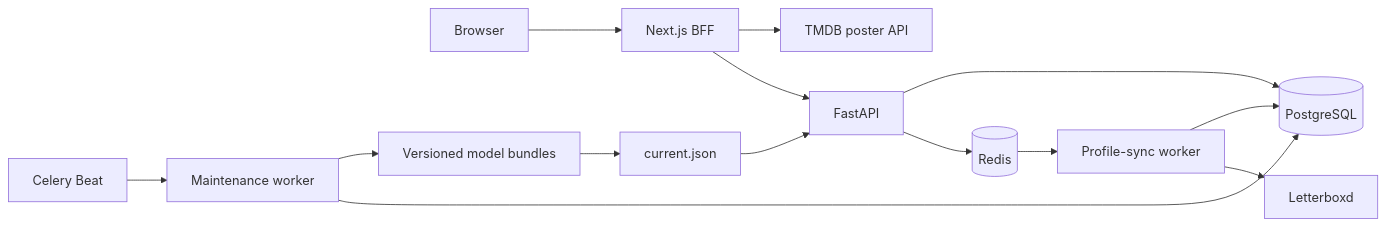
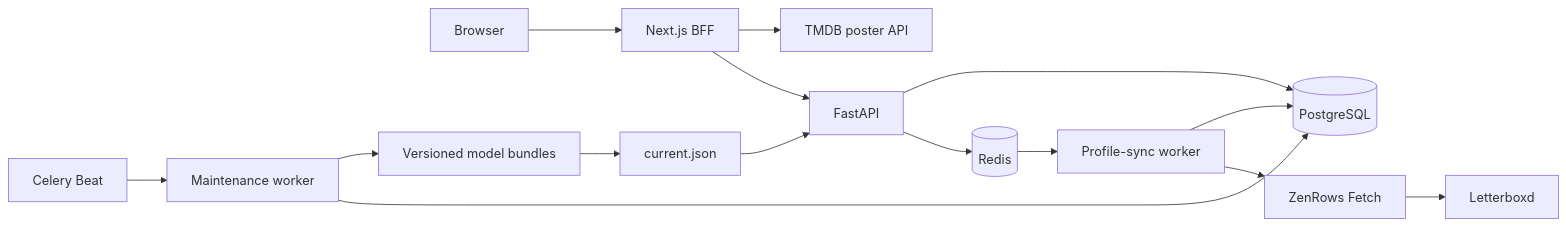
Before and after one commit to cauafsantosdev/nexdwatch: the diagram in README.md, drawn with Mermaid. The commit also changed other lines of this file, not shown here.

````diff
--- a/README.md
+++ b/README.md
@@ -60,19 +68,20 @@
 ```mermaid
 flowchart LR
     Browser[Browser] --> BFF[Next.js BFF]
     BFF --> API[FastAPI]
     BFF --> TMDB[TMDB poster API]
 
     API --> Redis[(Redis)]
     API --> DB[(PostgreSQL)]
 
     Redis --> ProfileWorker[Profile-sync worker]
-    ProfileWorker --> Letterboxd[Letterboxd]
-    ProfileWorker --> DB
+    ProfileWorker --> ZenRows[ZenRows Fetch]
+    ZenRows --> Letterboxd[Letterboxd]
+    ProfileWorker --> DB[(PostgreSQL)]
 
     Beat[Celery Beat] --> MaintenanceWorker[Maintenance worker]
     MaintenanceWorker --> DB
     MaintenanceWorker --> Bundles[Versioned model bundles]
     Bundles --> Pointer[current.json]
     Pointer --> API
 ```
````
